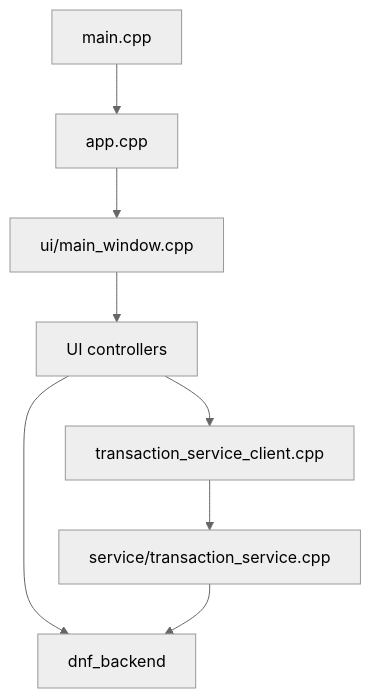
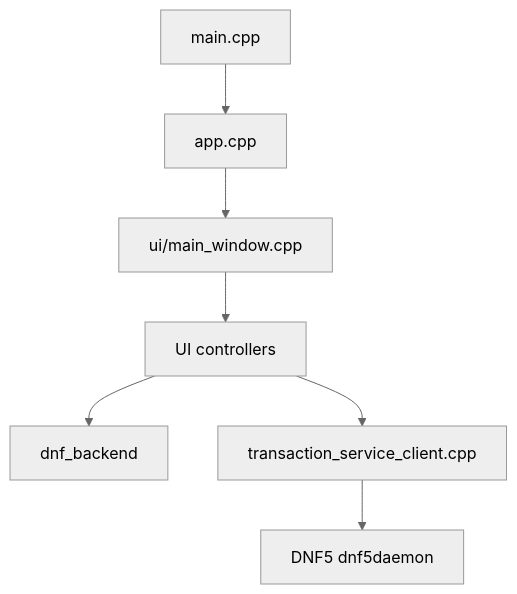
One commit to dnfui/dnf-ui changed the first of 4 diagrams in docs/architecture.md. Above: the diagram before and after it, drawn with Mermaid (neutral theme). The commit also changed other lines of this file and 23 other files, not shown here.

First line of the commit message:
Remove dnf5daemon prototype leftovers

````diff
--- a/docs/architecture.md
+++ b/docs/architecture.md
@@ -48,10 +48,9 @@
 ```mermaid
 flowchart TD
     Main[main.cpp] --> App[app.cpp]
     App --> Window[ui/main_window.cpp]
     Window --> Controllers[UI controllers]
     Controllers --> Backend[dnf_backend]
     Controllers --> Client[transaction_service_client.cpp]
-    Client --> Service[service/transaction_service.cpp]
-    Service --> Backend
+    Client --> Daemon[DNF5 dnf5daemon]
 ```
````
